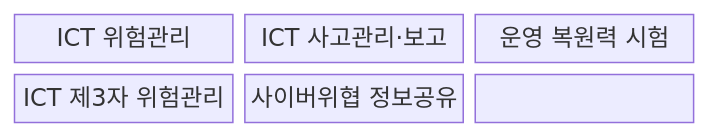
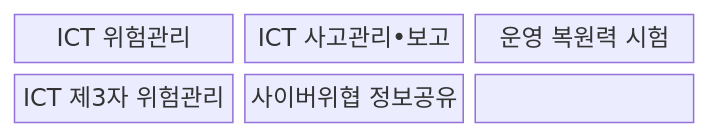
The first of 2 diagrams in src/content/docs/notes/05-security/124_eu_dora.md (agnusdei1207/knowledge-base), drawn with Mermaid before and after one commit. The commit also changed other lines of this file and 953 other files, not shown here.

````diff
--- a/src/content/docs/notes/05-security/124_eu_dora.md
+++ b/src/content/docs/notes/05-security/124_eu_dora.md
@@ -67,11 +67,11 @@
 ```mermaid
 block-beta
   columns 3
   R["ICT 위험관리"]
-  I["ICT 사고관리·보고"]
+  I["ICT 사고관리•보고"]
   T["운영 복원력 시험"]
   P["ICT 제3자 위험관리"]
   S["사이버위협 정보공유"]
   R --- I --- T
   T --- P --- S
 ```
````
